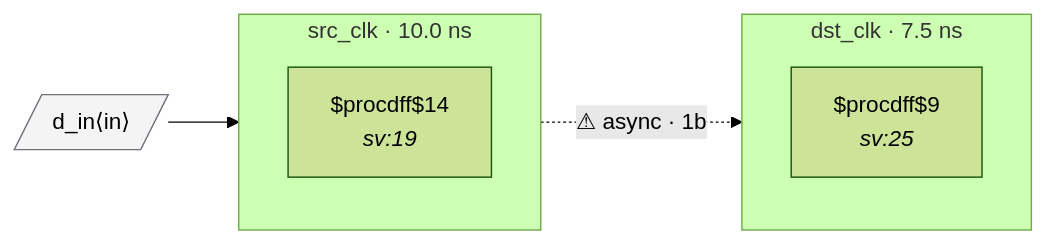
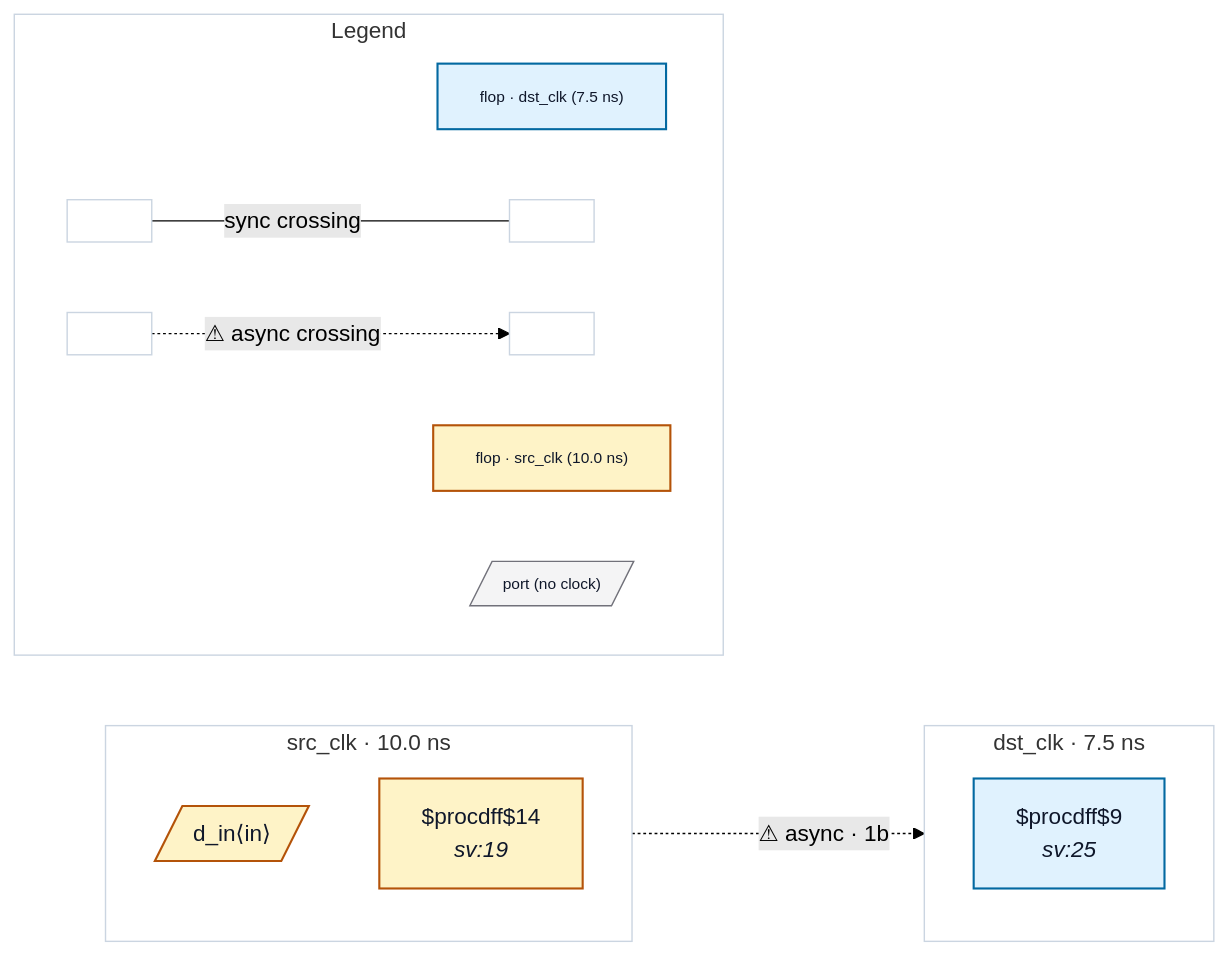
The diagram in tests/fixtures/bad_single_ff_sync/README.md (rtl-buddy/rtl-buddy-cdc), drawn with Mermaid (forest theme) before and after one commit. The commit also changed 71 other files, not shown here.

First line of the commit message:
Refresh fixture READMEs + render iterations (colors, legend, nested ports, clock-net edges)

````diff
--- a/tests/fixtures/bad_single_ff_sync/README.md
+++ b/tests/fixtures/bad_single_ff_sync/README.md
@@ -20,16 +20,40 @@
 ```mermaid
 %% bad_single_ff_sync — generated by rtl-buddy-cdc render
 flowchart LR
   subgraph clk_dst_clk["dst_clk · 7.5 ns"]
     direction TB
-    f_073475cb["$procdff$9<br/><i>sv:25</i>"]
+    f_073475cb["$procdff$9<br/><i>sv:25</i>"]:::ckcls_dst_clk
   end
   subgraph clk_src_clk["src_clk · 10.0 ns"]
     direction TB
-    f_a524fff4["$procdff$14<br/><i>sv:19</i>"]
+    p_in_d_in[/"d_in⟨in⟩"/]:::ckcls_src_clk
+    f_a524fff4["$procdff$14<br/><i>sv:19</i>"]:::ckcls_src_clk
   end
-  p_in_d_in[/"d_in⟨in⟩"/]:::port
-  p_in_d_in --> f_a524fff4
   f_a524fff4 -. "⚠ async · 1b" .-> f_073475cb
-  classDef port fill:#f4f4f5,stroke:#71717a
+  subgraph rb_legend["Legend"]
+    direction LR
+    lg_clk_dst_clk["flop · dst_clk (7.5 ns)"]:::ckcls_dst_clk
+    lg_clk_src_clk["flop · src_clk (10.0 ns)"]:::ckcls_src_clk
+    lg_port[/"port (no clock)"/]:::port_unassigned
+    lg_sync_a[" "]:::ckcls_legend_neutral
+    lg_sync_b[" "]:::ckcls_legend_neutral
+    lg_async_a[" "]:::ckcls_legend_neutral
+    lg_async_b[" "]:::ckcls_legend_neutral
+    lg_sync_a --- |"sync crossing"| lg_sync_b
+    lg_async_a -. "⚠ async crossing" .-> lg_async_b
+  end
+  style clk_dst_clk fill:none,stroke:#cbd5e1
+  style clk_src_clk fill:none,stroke:#cbd5e1
+  style rb_legend fill:none,stroke:#cbd5e1
+  style lg_clk_dst_clk font-size:11px
+  style lg_clk_src_clk font-size:11px
+  style lg_port font-size:11px
+  style lg_sync_a font-size:11px
+  style lg_sync_b font-size:11px
+  style lg_async_a font-size:11px
+  style lg_async_b font-size:11px
+  classDef ckcls_dst_clk fill:#e0f2fe,stroke:#0369a1,stroke-width:1.5px,color:#0f172a
+  classDef ckcls_src_clk fill:#fef3c7,stroke:#b45309,stroke-width:1.5px,color:#0f172a
+  classDef port_unassigned fill:#f4f4f5,stroke:#71717a,color:#0f172a
+  classDef ckcls_legend_neutral fill:#ffffff,stroke:#cbd5e1,stroke-width:1px,color:#0f172a
 ```
````
